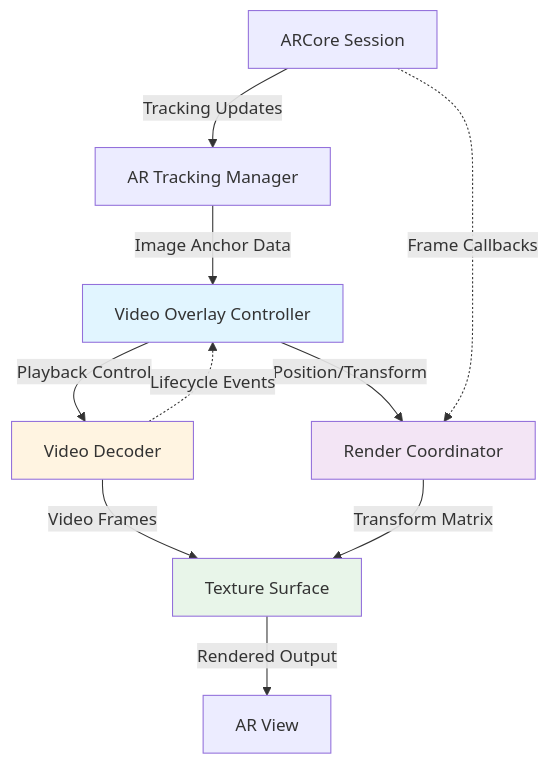
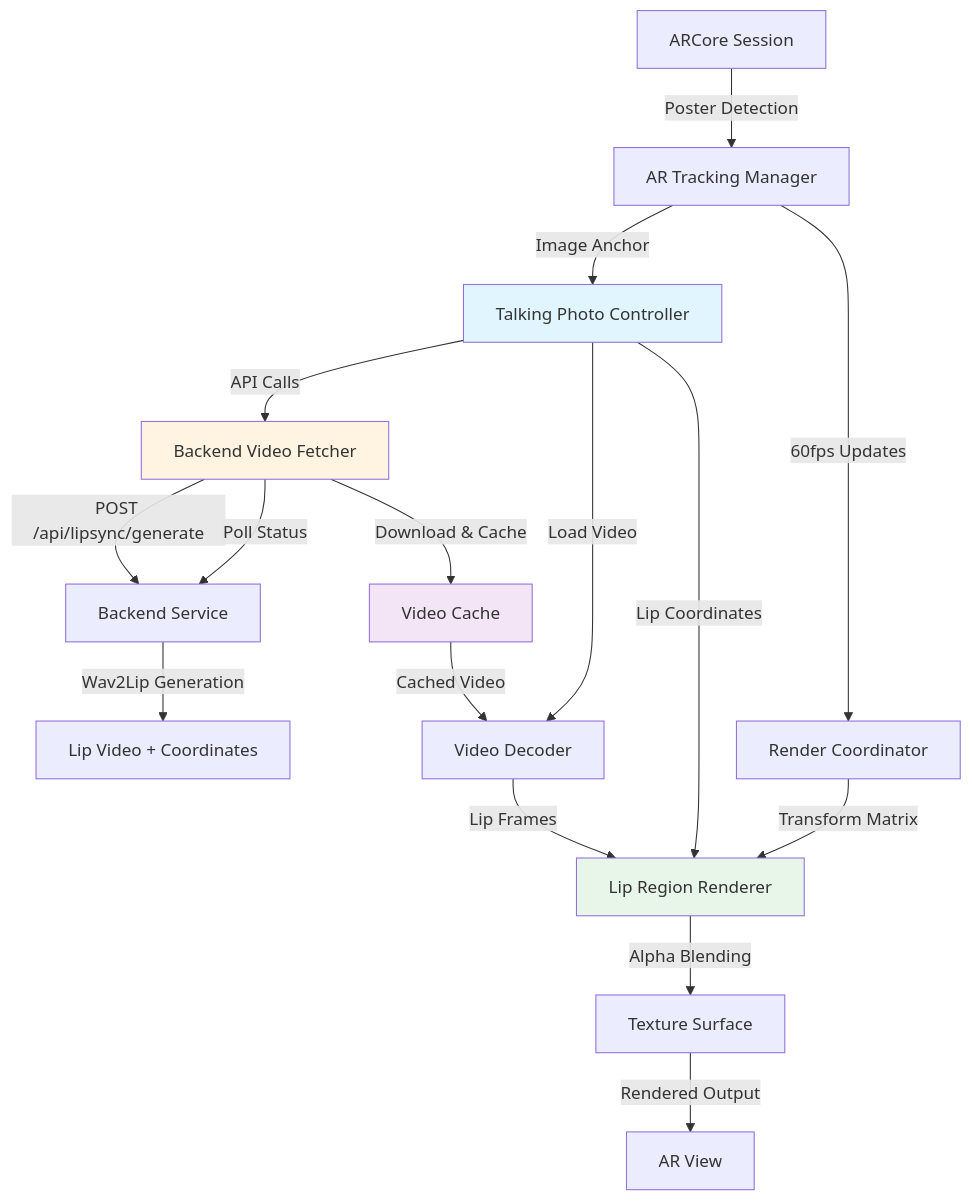
Before and after one commit to ajitreddy013/TalkAR: the first of 7 diagrams in .kiro/specs/ar-video-overlay-tracking/design.md, drawn with Mermaid. The commit also changed other lines of this file and 2 other files, not shown here.

````diff
--- a/.kiro/specs/ar-video-overlay-tracking/design.md
+++ b/.kiro/specs/ar-video-overlay-tracking/design.md
@@ -44,21 +46,27 @@
 ```mermaid
 graph TB
-    ARCore[ARCore Session] -->|Tracking Updates| TrackingManager[AR Tracking Manager]
-    TrackingManager -->|Image Anchor Data| VideoOverlayController[Video Overlay Controller]
+    ARCore[ARCore Session] -->|Poster Detection| TrackingManager[AR Tracking Manager]
+    TrackingManager -->|Image Anchor| TalkingPhotoController[Talking Photo Controller]
     
-    VideoOverlayController -->|Position/Transform| RenderCoordinator[Render Coordinator]
-    VideoOverlayController -->|Playback Control| VideoDecoder[Video Decoder]
+    TalkingPhotoController -->|API Calls| BackendFetcher[Backend Video Fetcher]
+    BackendFetcher -->|POST /api/lipsync/generate| Backend[Backend Service]
+    BackendFetcher -->|Poll Status| Backend
+    Backend -->|Wav2Lip Generation| LipVideo[Lip Video + Coordinates]
+    BackendFetcher -->|Download & Cache| VideoCache[Video Cache]
     
-    VideoDecoder -->|Video Frames| TextureSurface[Texture Surface]
-    RenderCoordinator -->|Transform Matrix| TextureSurface
+    TalkingPhotoController -->|Load Video| VideoDecoder[Video Decoder]
+    VideoCache -->|Cached Video| VideoDecoder
     
+    VideoDecoder -->|Lip Frames| LipRenderer[Lip Region Renderer]
+    TalkingPhotoController -->|Lip Coordinates| LipRenderer
+    TrackingManager -->|60fps Updates| RenderCoordinator[Render Coordinator]
+    RenderCoordinator -->|Transform Matrix| LipRenderer
+    
+    LipRenderer -->|Alpha Blending| TextureSurface[Texture Surface]
     TextureSurface -->|Rendered Output| ARView[AR View]
     
-    VideoDecoder -.->|Lifecycle Events| VideoOverlayController
-    ARCore -.->|Frame Callbacks| RenderCoordinator
-    
-    style VideoOverlayController fill:#e1f5ff
-    style VideoDecoder fill:#fff4e1
-    style TextureSurface fill:#e8f5e9
-    style RenderCoordinator fill:#f3e5f5
+    style TalkingPhotoController fill:#e1f5ff
+    style BackendFetcher fill:#fff4e1
+    style LipRenderer fill:#e8f5e9
+    style VideoCache fill:#f3e5f5
 ```
````
